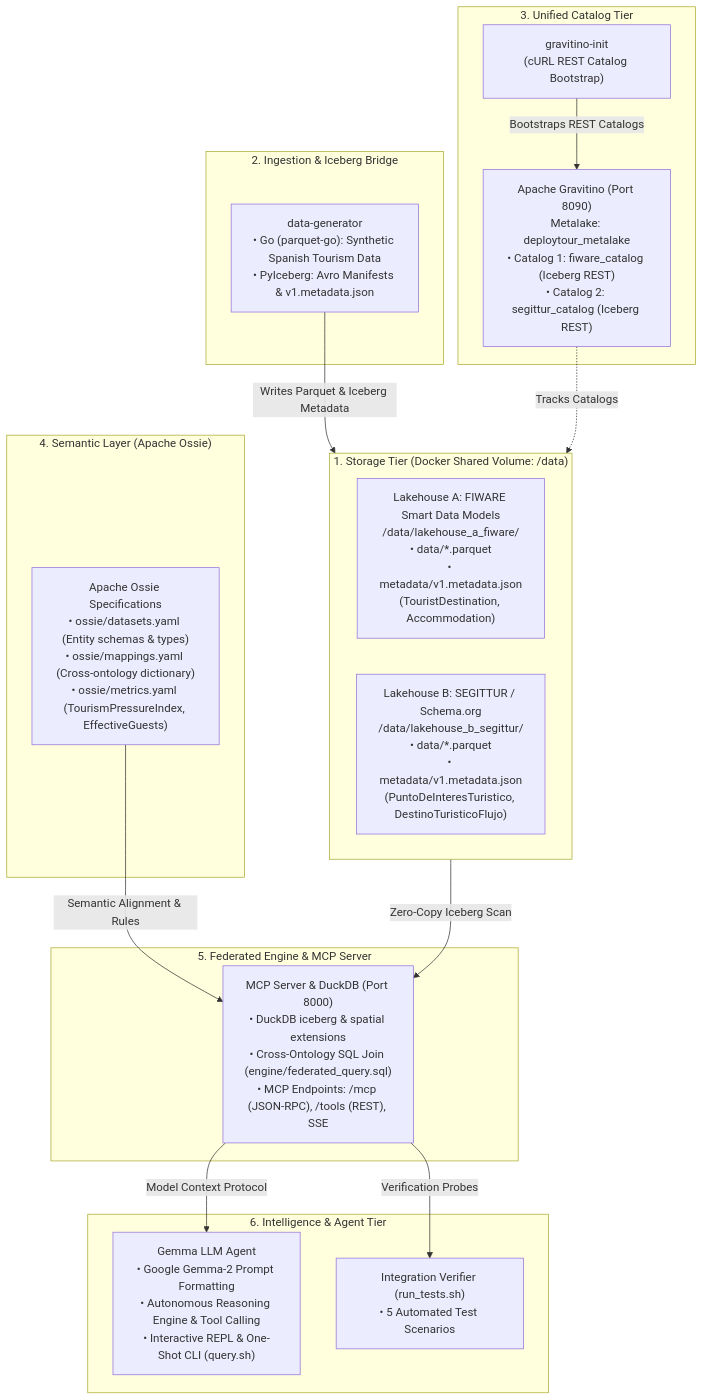
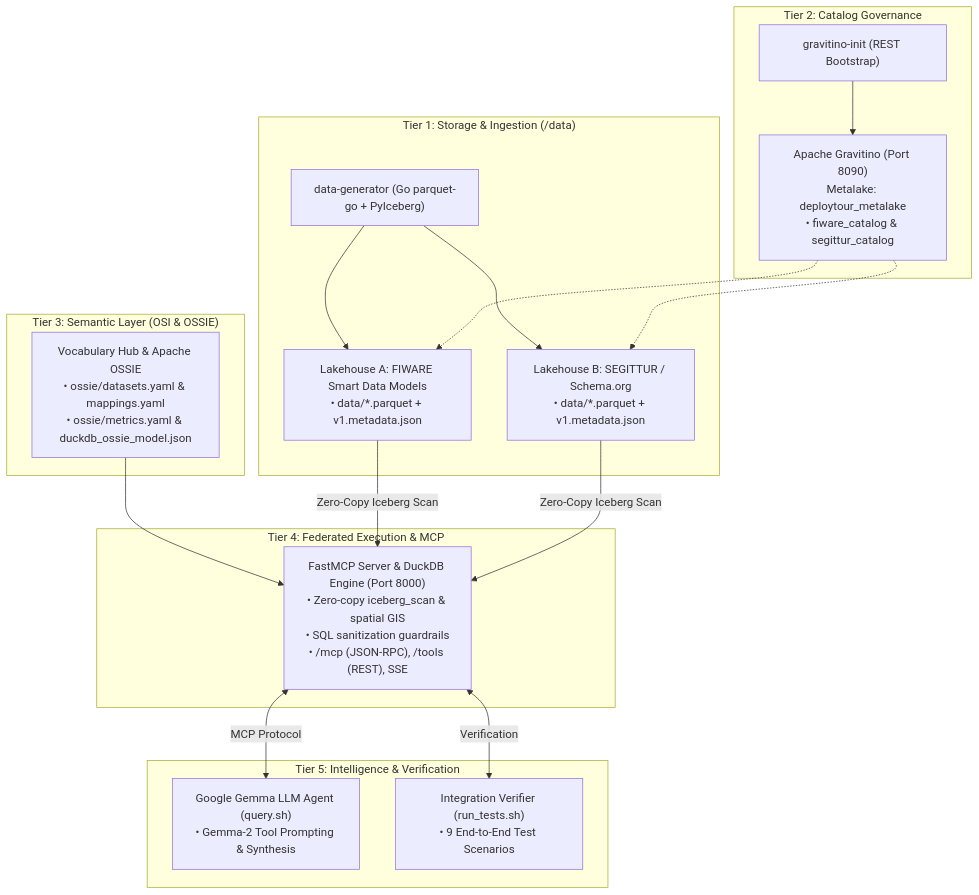
The diagram in README.md (EunomiaUPM/DeploytourOnto), drawn with Mermaid before and after one commit. The commit also changed other lines of this file, not shown here.

Commit message:
Align README with 18-slide OSI presentation and add Quick Start guide

````diff
--- a/README.md
+++ b/README.md
@@ -32,37 +100,34 @@
 ```mermaid
 graph TD
-    subgraph StorageTier["1. Storage Tier (Docker Shared Volume: /data)"]
-        LKA["Lakehouse A: FIWARE Smart Data Models<br/>/data/lakehouse_a_fiware/<br/>• data/*.parquet<br/>• metadata/v1.metadata.json<br/>(TouristDestination, Accommodation)"]
-        LKB["Lakehouse B: SEGITTUR / Schema.org<br/>/data/lakehouse_b_segittur/<br/>• data/*.parquet<br/>• metadata/v1.metadata.json<br/>(PuntoDeInteresTuristico, DestinoTuristicoFlujo)"]
+    subgraph T1["Tier 1: Storage & Ingestion (/data)"]
+        GEN["data-generator (Go parquet-go + PyIceberg)"]
+        LKA["Lakehouse A: FIWARE Smart Data Models<br/>• data/*.parquet + v1.metadata.json"]
+        LKB["Lakehouse B: SEGITTUR / Schema.org<br/>• data/*.parquet + v1.metadata.json"]
     end
 
-    subgraph IngestionTier["2. Ingestion & Iceberg Bridge"]
-        GEN["data-generator<br/>• Go (parquet-go): Synthetic Spanish Tourism Data<br/>• PyIceberg: Avro Manifests & v1.metadata.json"]
+    subgraph T2["Tier 2: Catalog Governance"]
+        GRAV["Apache Gravitino (Port 8090)<br/>Metalake: deploytour_metalake<br/>• fiware_catalog & segittur_catalog"]
+        GINIT["gravitino-init (REST Bootstrap)"]
     end
 
-    subgraph CatalogTier["3. Unified Catalog Tier"]
-        GRAV["Apache Gravitino (Port 8090)<br/>Metalake: deploytour_metalake<br/>• Catalog 1: fiware_catalog (Iceberg REST)<br/>• Catalog 2: segittur_catalog (Iceberg REST)"]
-        GINIT["gravitino-init<br/>(cURL REST Catalog Bootstrap)"]
+    subgraph T3["Tier 3: Semantic Layer (OSI & OSSIE)"]
+        OSI["Vocabulary Hub & Apache OSSIE<br/>• ossie/datasets.yaml & mappings.yaml<br/>• ossie/metrics.yaml & duckdb_ossie_model.json"]
     end
 
-    subgraph SemanticTier["4. Semantic Layer (Apache Ossie)"]
-        OSI["Apache Ossie Specifications<br/>• ossie/datasets.yaml (Entity schemas & types)<br/>• ossie/mappings.yaml (Cross-ontology dictionary)<br/>• ossie/metrics.yaml (TourismPressureIndex, EffectiveGuests)"]
+    subgraph T4["Tier 4: Federated Execution & MCP"]
+        MCP["FastMCP Server & DuckDB Engine (Port 8000)<br/>• Zero-copy iceberg_scan & spatial GIS<br/>• SQL sanitization guardrails<br/>• /mcp (JSON-RPC), /tools (REST), SSE"]
     end
 
-    subgraph EngineTier["5. Federated Engine & MCP Server"]
-        MCP["MCP Server & DuckDB (Port 8000)<br/>• DuckDB iceberg & spatial extensions<br/>• Cross-Ontology SQL Join (engine/federated_query.sql)<br/>• MCP Endpoints: /mcp (JSON-RPC), /tools (REST), SSE"]
+    subgraph T5["Tier 5: Intelligence & Verification"]
+        GEMMA["Google Gemma LLM Agent (query.sh)<br/>• Gemma-2 Tool Prompting & Synthesis"]
+        VERIF["Integration Verifier (run_tests.sh)<br/>• 9 End-to-End Test Scenarios"]
     end
 
-    subgraph IntelligenceTier["6. Intelligence & Agent Tier"]
-        GEMMA["Gemma LLM Agent<br/>• Google Gemma-2 Prompt Formatting<br/>• Autonomous Reasoning Engine & Tool Calling<br/>• Interactive REPL & One-Shot CLI (query.sh)"]
-        VERIF["Integration Verifier (run_tests.sh)<br/>• 5 Automated Test Scenarios"]
-    end
-
-    GEN -->|Writes Parquet & Iceberg Metadata| StorageTier
-    GINIT -->|Bootstraps REST Catalogs| GRAV
-    GRAV -.->|Tracks Catalogs| StorageTier
-    OSI -->|Semantic Alignment & Rules| MCP
-    StorageTier -->|Zero-Copy Iceberg Scan| MCP
-    MCP -->|Model Context Protocol| GEMMA
-    MCP -->|Verification Probes| VERIF
+    GEN --> LKA & LKB
+    GINIT --> GRAV
+    GRAV -.-> LKA & LKB
+    OSI --> MCP
+    LKA & LKB -->|Zero-Copy Iceberg Scan| MCP
+    MCP <-->|MCP Protocol| GEMMA
+    MCP <-->|Verification| VERIF
 ```
````
